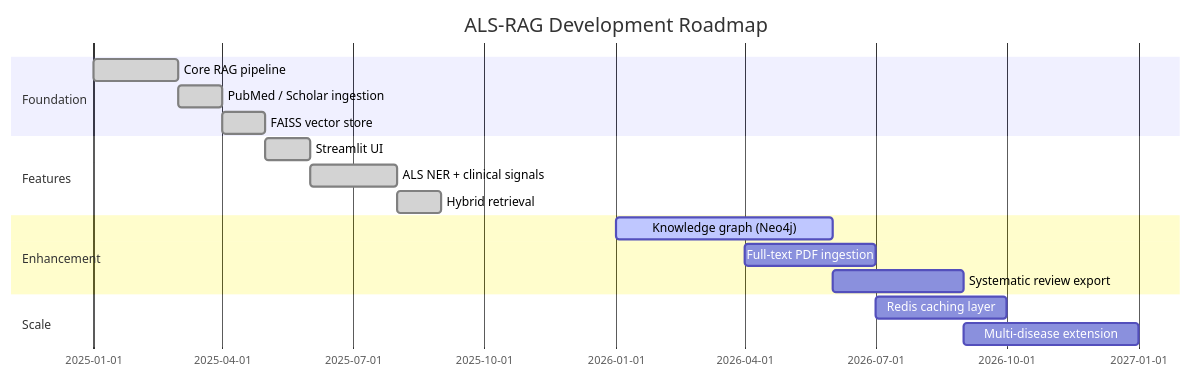
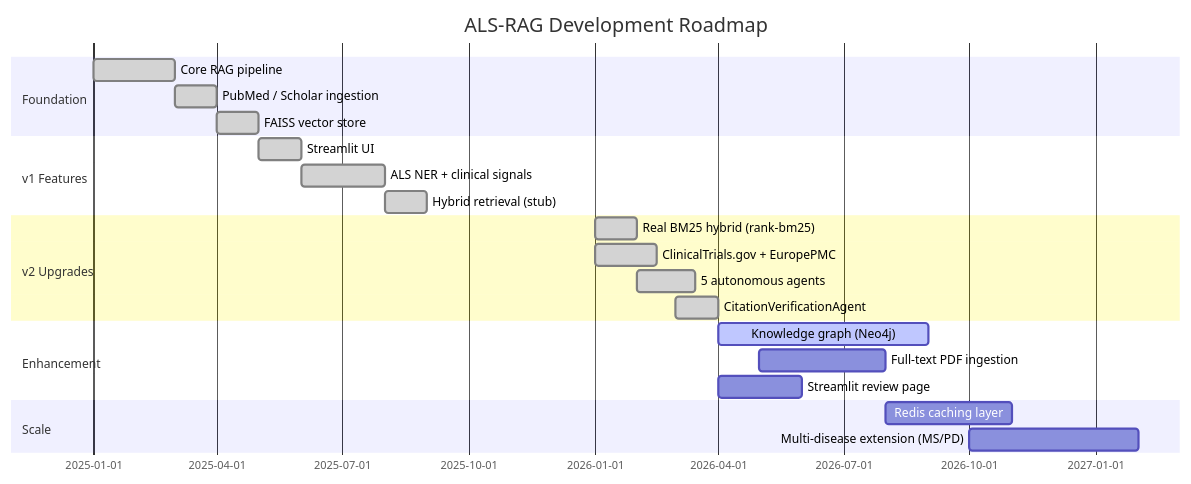
The fourth of 4 diagrams in README.md (hkevin01/als-rag), drawn with Mermaid before and after one commit. The commit also changed other lines of this file, not shown here.

````diff
--- a/README.md
+++ b/README.md
@@ -480,20 +636,25 @@
 ```mermaid
 gantt
     title ALS-RAG Development Roadmap
     dateFormat  YYYY-MM-DD
     section Foundation
-        Core RAG pipeline           :done,    f1, 2025-01-01, 2025-03-01
-        PubMed / Scholar ingestion  :done,    f2, 2025-03-01, 2025-04-01
-        FAISS vector store          :done,    f3, 2025-04-01, 2025-05-01
-    section Features
-        Streamlit UI                :done,    f4, 2025-05-01, 2025-06-01
-        ALS NER + clinical signals  :done,    f5, 2025-06-01, 2025-08-01
-        Hybrid retrieval            :done,    f6, 2025-08-01, 2025-09-01
+        Core RAG pipeline               :done,    f1, 2025-01-01, 2025-03-01
+        PubMed / Scholar ingestion      :done,    f2, 2025-03-01, 2025-04-01
+        FAISS vector store              :done,    f3, 2025-04-01, 2025-05-01
+    section v1 Features
+        Streamlit UI                    :done,    f4, 2025-05-01, 2025-06-01
+        ALS NER + clinical signals      :done,    f5, 2025-06-01, 2025-08-01
+        Hybrid retrieval (stub)         :done,    f6, 2025-08-01, 2025-09-01
+    section v2 Upgrades
+        Real BM25 hybrid (rank-bm25)    :done,    v1, 2026-01-01, 2026-02-01
+        ClinicalTrials.gov + EuropePMC  :done,    v2, 2026-01-01, 2026-02-15
+        5 autonomous agents             :done,    v3, 2026-02-01, 2026-03-15
+        CitationVerificationAgent       :done,    v4, 2026-03-01, 2026-04-01
     section Enhancement
-        Knowledge graph (Neo4j)     :active,  e1, 2026-01-01, 2026-06-01
-        Full-text PDF ingestion     :         e2, 2026-04-01, 2026-07-01
-        Systematic review export    :         e3, 2026-06-01, 2026-09-01
+        Knowledge graph (Neo4j)         :active,  e1, 2026-04-01, 2026-09-01
+        Full-text PDF ingestion         :         e2, 2026-05-01, 2026-08-01
+        Streamlit review page           :         e3, 2026-04-01, 2026-06-01
     section Scale
-        Redis caching layer         :         s1, 2026-07-01, 2026-10-01
-        Multi-disease extension     :         s2, 2026-09-01, 2027-01-01
+        Redis caching layer             :         s1, 2026-08-01, 2026-11-01
+        Multi-disease extension (MS/PD) :         s2, 2026-10-01, 2027-02-01
 ```
````
